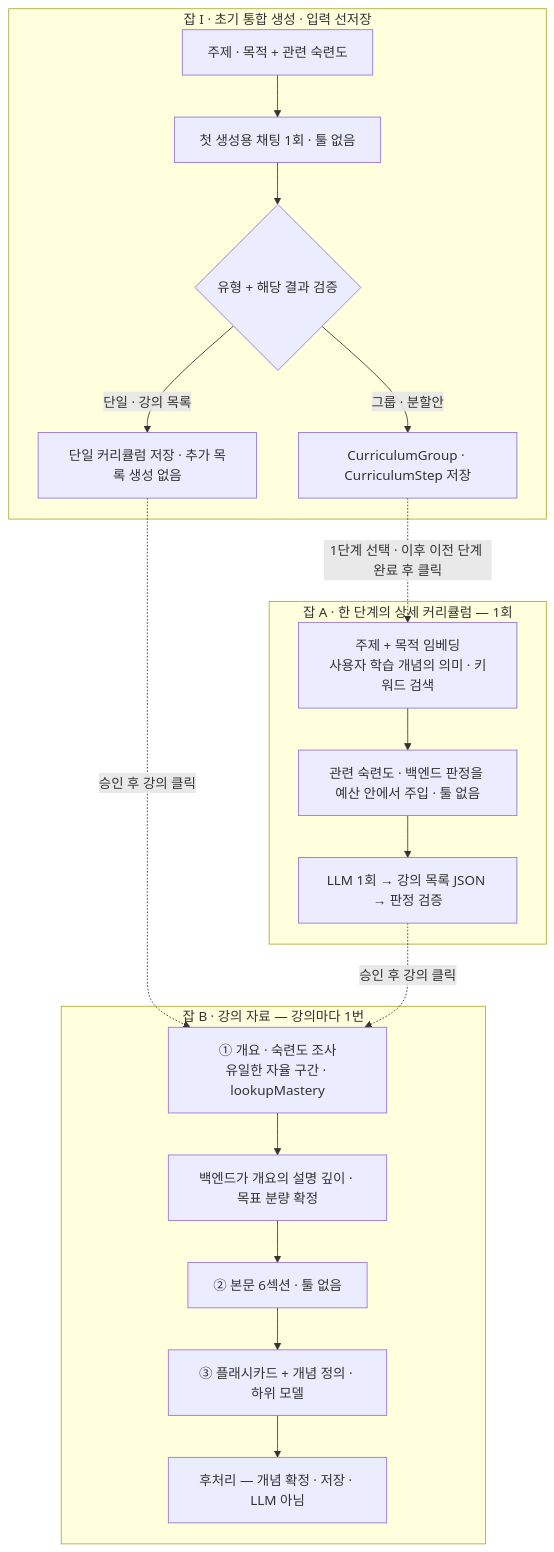
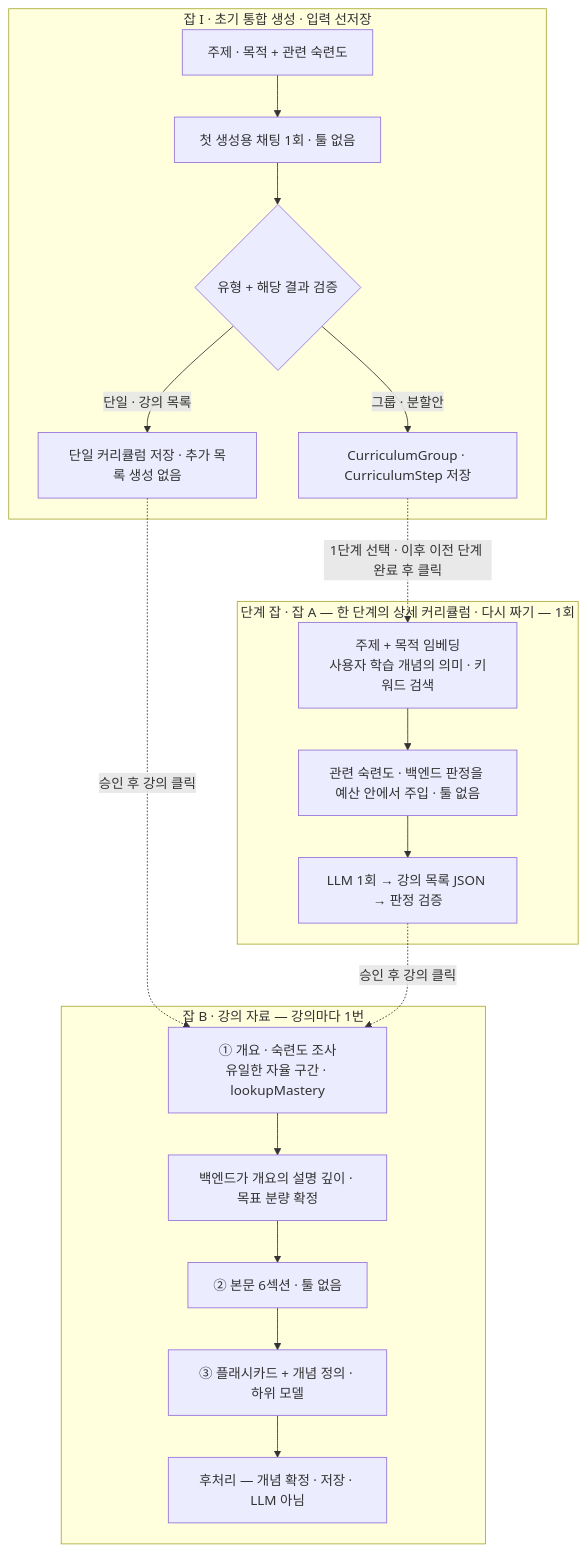
Before and after one commit to f-lab-edu/Mogum: the diagram in docs/03-generation.md, drawn with Mermaid. The commit also changed other lines of this file and 12 other files, not shown here.

````diff
--- a/docs/03-generation.md
+++ b/docs/03-generation.md
@@ -12,24 +12,24 @@
 ```mermaid
 flowchart TD
     subgraph JI["잡 I · 초기 통합 생성 · 입력 선저장"]
         I0["주제 · 목적 + 관련 숙련도"] --> I1["첫 생성용 채팅 1회 · 툴 없음"]
         I1 --> I2{"유형 + 해당 결과 검증"}
         I2 -->|"단일 · 강의 목록"| IS["단일 커리큘럼 저장 · 추가 목록 생성 없음"]
         I2 -->|"그룹 · 분할안"| GS["CurriculumGroup · CurriculumStep 저장"]
     end
-    subgraph JA["잡 A · 한 단계의 상세 커리큘럼 — 1회"]
+    subgraph JA["단계 잡 · 잡 A — 한 단계의 상세 커리큘럼 · 다시 짜기 — 1회"]
         AS["주제 + 목적 임베딩<br/>사용자 학습 개념의 의미 · 키워드 검색"] --> A1["관련 숙련도 · 백엔드 판정을 예산 안에서 주입 · 툴 없음"]
         A1 --> A2["LLM 1회 → 강의 목록 JSON → 판정 검증"]
     end
     subgraph JB["잡 B · 강의 자료 — 강의마다 1번"]
         B1["① 개요 · 숙련도 조사<br/>유일한 자율 구간 · lookupMastery"]
         BP["백엔드가 개요의 설명 깊이 · 목표 분량 확정"]
         B2["② 본문 6섹션 · 툴 없음"]
         B3["③ 플래시카드 + 개념 정의 · 하위 모델"]
         B4["후처리 — 개념 확정 · 저장 · LLM 아님"]
         B1 --> BP --> B2 --> B3 --> B4
     end
     IS -.->|"승인 후 강의 클릭"| B1
     A2 -.->|"승인 후 강의 클릭"| B1
     GS -.->|"1단계 선택 · 이후 이전 단계 완료 후 클릭"| AS
 ```
````
